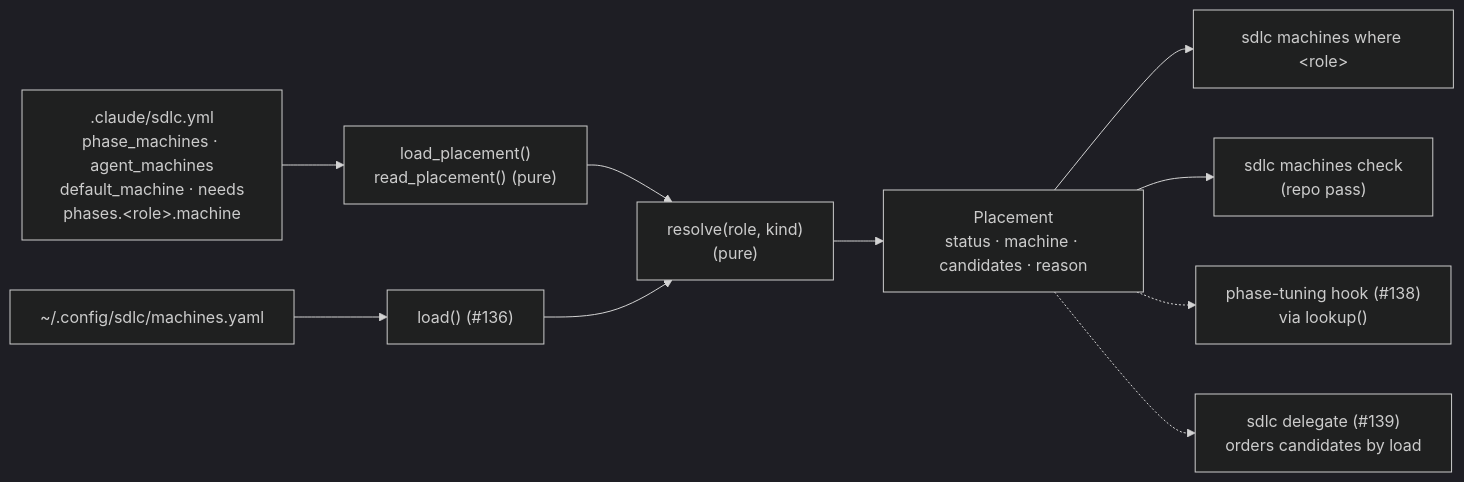
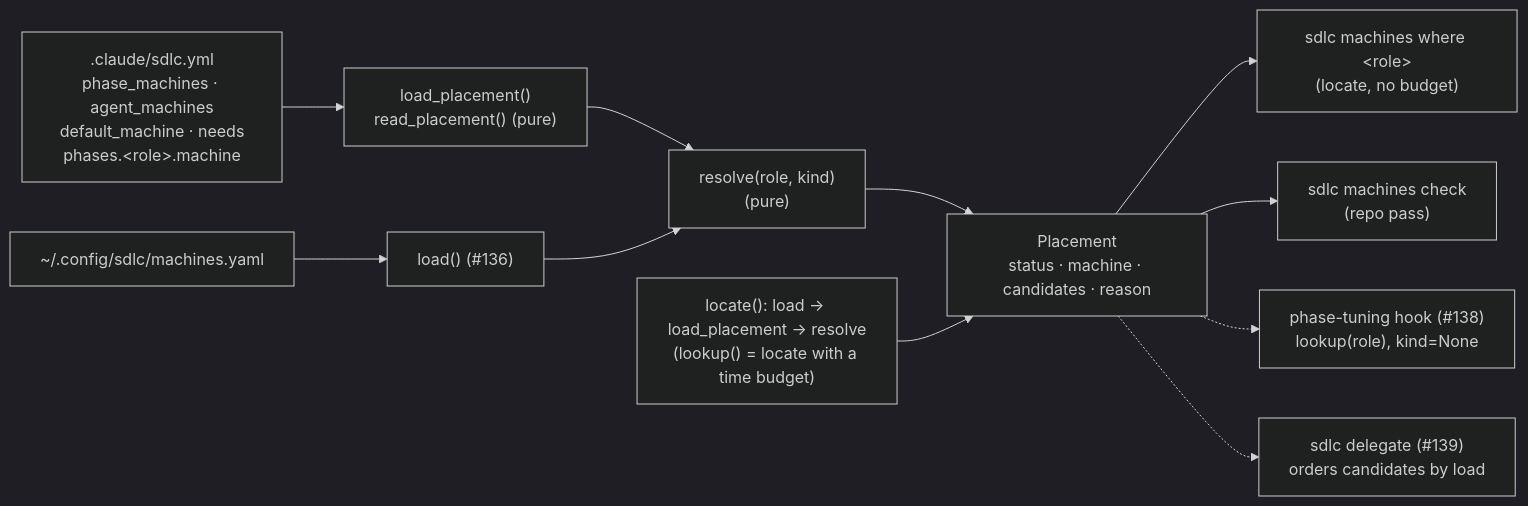
Before and after one commit to pattern-stack/claudecode-patterns: the first of 2 diagrams in .ai-docs/stacks/machines/specs/137.md, drawn with Mermaid (dark theme). The commit also changed other lines of this file, not shown here.

````diff
--- a/.ai-docs/stacks/machines/specs/137.md
+++ b/.ai-docs/stacks/machines/specs/137.md
@@ -65,12 +65,13 @@
 ```mermaid
 flowchart LR
   Y[".claude/sdlc.yml<br/>phase_machines · agent_machines<br/>default_machine · needs<br/>phases.&lt;role&gt;.machine"] --> LP["load_placement()<br/>read_placement() (pure)"]
   M["~/.config/sdlc/machines.yaml"] --> L["load() (#136)"]
   LP --> RS["resolve(role, kind)<br/>(pure)"]
   L --> RS
   RS --> P["Placement<br/>status · machine · candidates · reason"]
-  P --> W["sdlc machines where &lt;role&gt;"]
+  LOC["locate(): load → load_placement → resolve<br/>(lookup() = locate with a time budget)"] --> P
+  P --> W["sdlc machines where &lt;role&gt;<br/>(locate, no budget)"]
   P --> CK["sdlc machines check<br/>(repo pass)"]
-  P -.-> HK["phase-tuning hook (#138)<br/>via lookup()"]
+  P -.-> HK["phase-tuning hook (#138)<br/>lookup(role), kind=None"]
   P -.-> DG["sdlc delegate (#139)<br/>orders candidates by load"]
 ```
````
